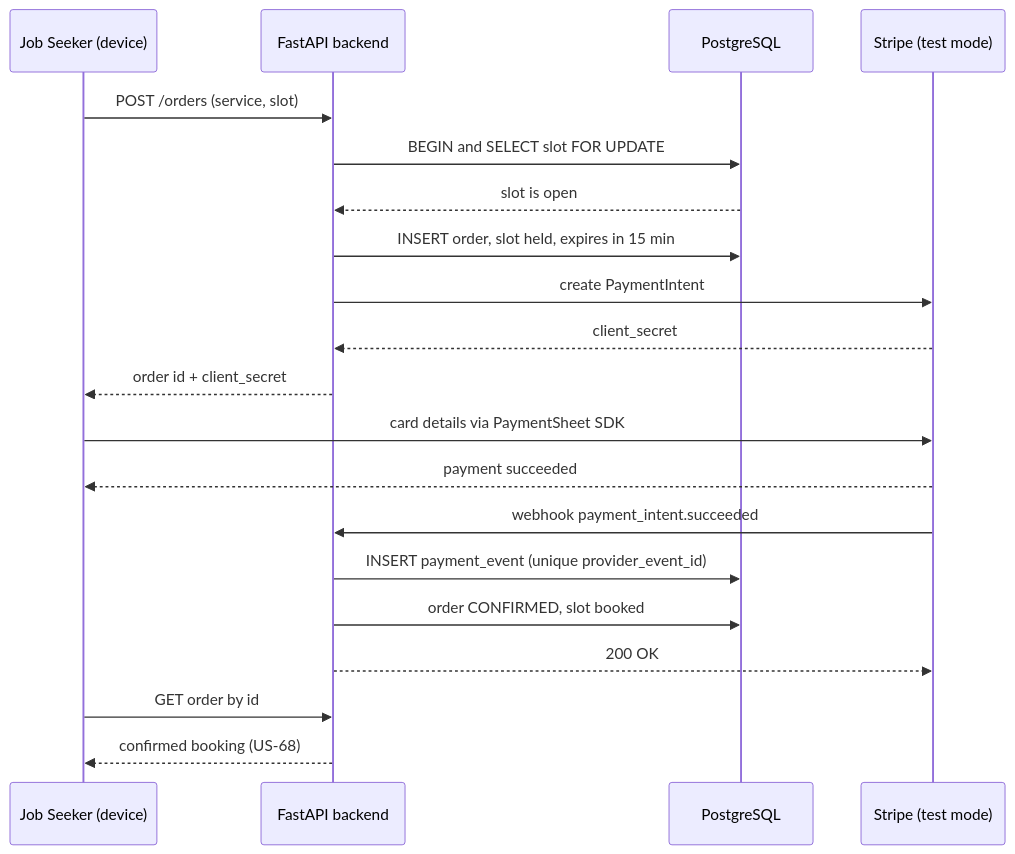
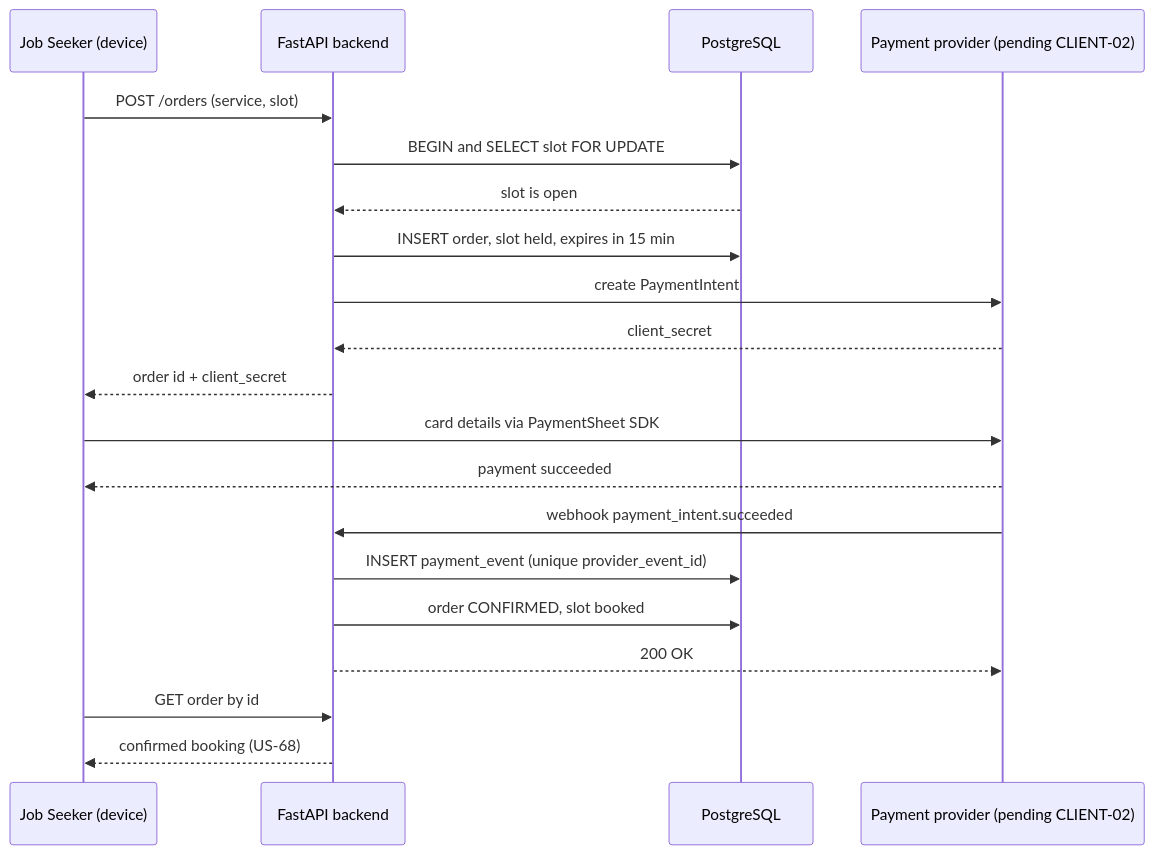
One commit to ZichuanW15/yoir_sample changed the first of 2 diagrams in docs/sprint1/executable-architecture.md. Above: the diagram before and after it, drawn with Mermaid. The commit also changed other lines of this file and 2 other files, not shown here.

First line of the commit message:
docs(sprint1): align the executable architecture with the design concept

````diff
--- a/docs/sprint1/executable-architecture.md
+++ b/docs/sprint1/executable-architecture.md
@@ -171,23 +169,23 @@
 ```mermaid
 sequenceDiagram
     participant JS as Job Seeker (device)
     participant API as FastAPI backend
     participant DB as PostgreSQL
-    participant S as Stripe (test mode)
+    participant PP as Payment provider (pending CLIENT-02)
 
     JS->>API: POST /orders (service, slot)
     API->>DB: BEGIN and SELECT slot FOR UPDATE
     DB-->>API: slot is open
     API->>DB: INSERT order, slot held, expires in 15 min
-    API->>S: create PaymentIntent
-    S-->>API: client_secret
+    API->>PP: create PaymentIntent
+    PP-->>API: client_secret
     API-->>JS: order id + client_secret
-    JS->>S: card details via PaymentSheet SDK
-    S-->>JS: payment succeeded
-    S->>API: webhook payment_intent.succeeded
+    JS->>PP: card details via PaymentSheet SDK
+    PP-->>JS: payment succeeded
+    PP->>API: webhook payment_intent.succeeded
     API->>DB: INSERT payment_event (unique provider_event_id)
     API->>DB: order CONFIRMED, slot booked
-    API-->>S: 200 OK
+    API-->>PP: 200 OK
     JS->>API: GET order by id
     API-->>JS: confirmed booking (US-68)
 ```
````
